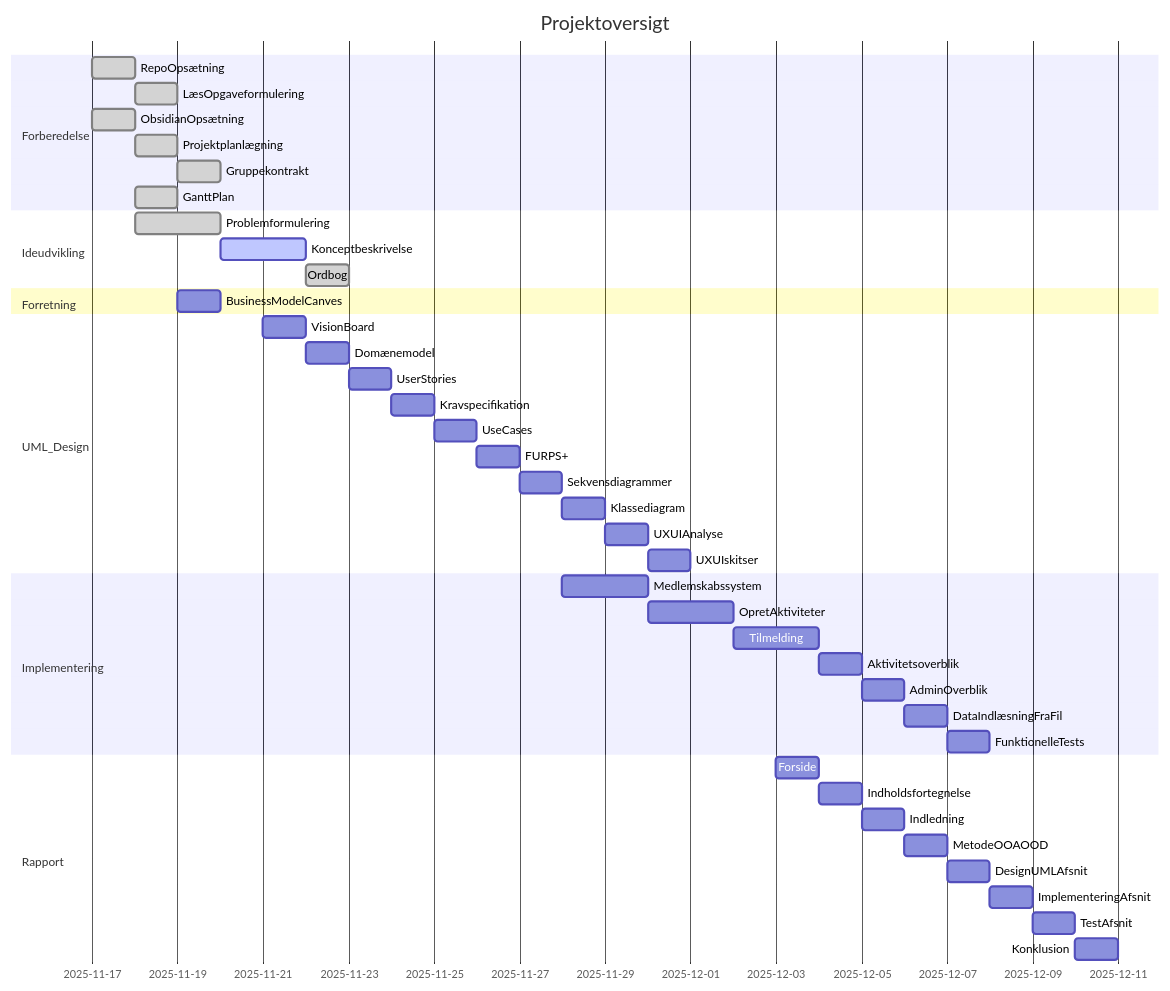
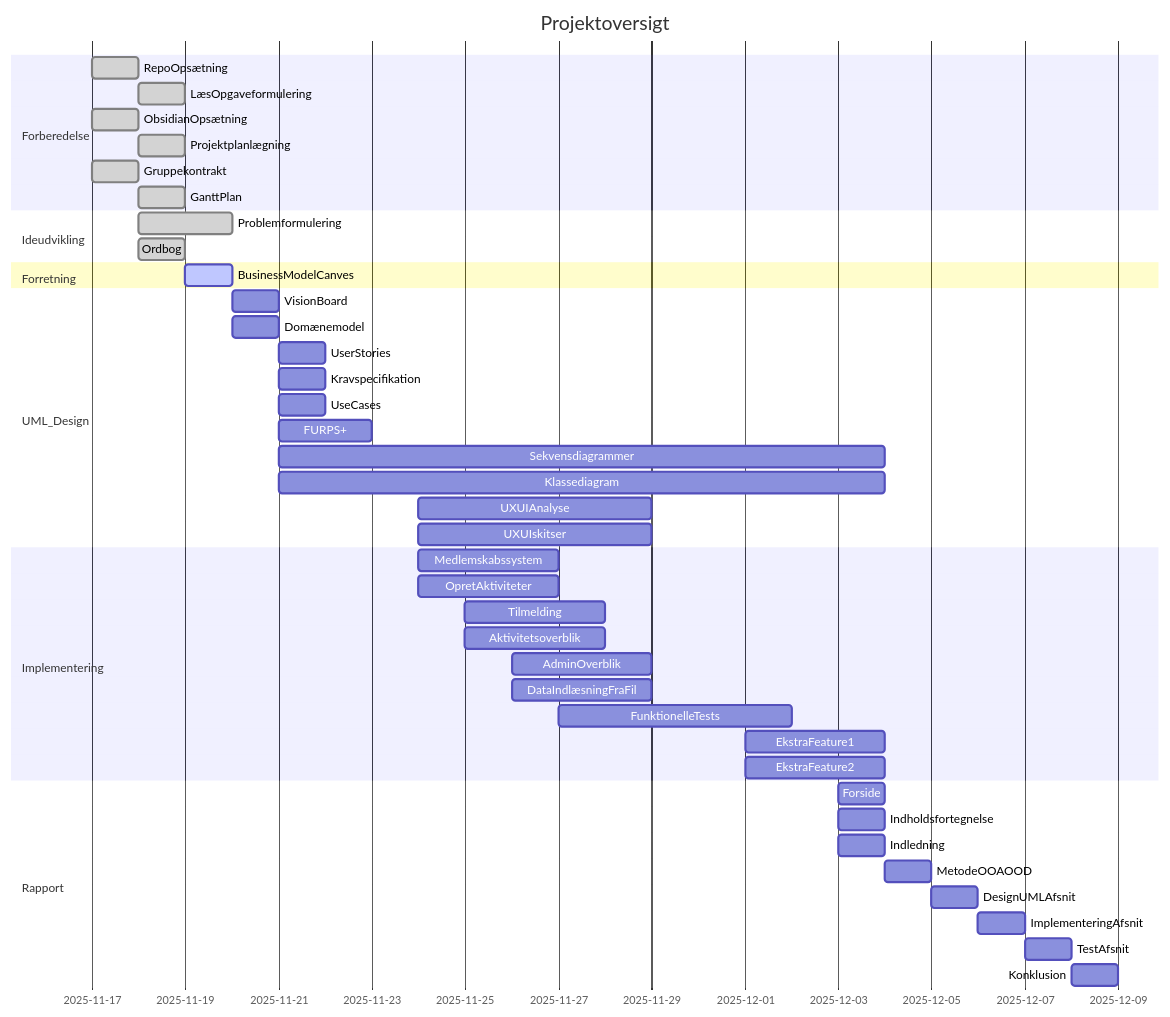
The diagram in 02 notes/2_Diverse/Projektstyring.md (MatiasHeiberg/1.semesterprojekt), drawn with Mermaid before and after one commit. The commit also changed other lines of this file, not shown here.

Commit message:
Opdateret gantt

````diff
--- a/02 notes/2_Diverse/Projektstyring.md
+++ b/02 notes/2_Diverse/Projektstyring.md
@@ -1,53 +1,54 @@
 ```mermaid
 gantt
     dateFormat  YYYY-MM-DD
     title Projektoversigt
 
     section Forberedelse
     RepoOpsætning          :done, a1, 2025-11-17, 1d
-    LæsOpgaveformulering   :done, a2, after a1, 0.5d
+    LæsOpgaveformulering   :done, a2, 2025-11-18, 0.5d
     ObsidianOpsætning      :done, a3, 2025-11-17, 1d
-    Projektplanlægning     :done, a4, after a3, 1d
-    Gruppekontrakt         :done, a5, after a4, 0.5d
+    Projektplanlægning     :done, a4, 2025-11-18, 1d
+    Gruppekontrakt         :done, a5, 2025-11-17, 0.5d
     GanttPlan              :done, a6, 2025-11-18, 1d
    
     section Ideudvikling
     Problemformulering       :done, b1, 2025-11-18, 2d
-    Konceptbeskrivelse       :active, b2, after b1, 2d
-    Ordbog                   :done, b3, after b2, 1d
+    Ordbog                   :done, b3, 2025-11-18, 1d
 
     
 	section Forretning
-    BusinessModelCanves     :c1, 2025-11-19, 1d
+    BusinessModelCanves     :active, c1, 2025-11-19, 1d
 
     section UML_Design
-    VisionBoard             :d1, 2025-11-21, 0.5d
-    Domænemodel             :d2, after d1, 0.5d
-    UserStories             :d3, after d2, 0.5d
-    Kravspecifikation        :d4, after d3, 0.5d
-    UseCases                :d5, after d4, 0.5d
-    FURPS+              :d6, after d5, 0.5d
-    Sekvensdiagrammer        :d7, after d6, 1d
-    Klassediagram            :d8, after d7, 1d
-    UXUIAnalyse            :d9, after d8, 0.5d
-    UXUIskitser            :d10, after d9, 0.5d
+    VisionBoard             :d1, 2025-11-20, 0.5d
+    Domænemodel             :d2, 2025-11-20, 0.5d
+    UserStories             :d3, 2025-11-21, 0.5d
+    Kravspecifikation        :d4, 2025-11-21, 0.5d
+    UseCases                :d5, 2025-11-21, 0.5d
+    FURPS+              :d6, 2025-11-21, 2d
+    Sekvensdiagrammer        :d7, 2025-11-21, 13d
+    Klassediagram            :d8, 2025-11-21, 13d
+    UXUIAnalyse            :d9, 2025-11-24, 5d
+    UXUIskitser            :d10, 2025-11-24, 5d
 
     section Implementering
-    Medlemskabssystem        :e1, 2025-11-28, 2d
-    OpretAktiviteter        :e2, after e1, 2d
-    Tilmelding               :e3, after e2, 2d
-    Aktivitetsoverblik       :e4, after e3, 1d
-    AdminOverblik           :e5, after e4, 1d
-    DataIndlæsningFraFil :e6, after e5, 1d
-    FunktionelleTests       :e7, after e6, 1d
+    Medlemskabssystem        :e1, 2025-11-24, 3d
+    OpretAktiviteter        :e2, 2025-11-24, 3d
+    Tilmelding               :e3, 2025-11-25, 3d
+    Aktivitetsoverblik       :e4, 2025-11-25, 3d
+    AdminOverblik           :e5, 2025-11-26, 3d
+    DataIndlæsningFraFil :e6, 2025-11-26, 3d
+    FunktionelleTests       :e7, 2025-11-27, 5d
+    EkstraFeature1           :e8, 2025-12-01, 3d
+    EkstraFeature2           :e9, 2025-12-01, 3d
 
     section Rapport
-    Forside                  :f1, 2025-12-03, 0.5d
-    Indholdsfortegnelse      :f2, after f1, 0.5d
-    Indledning               :f3, after f2, 0.5d
-    MetodeOOAOOD           :f4, after f3, 0.5d
-    DesignUMLAfsnit        :f5, after f4, 0.5d
-    ImplementeringAfsnit    :f6, after f5, 0.5d
-    TestAfsnit              :f7, after f6, 0.5d
-    Konklusion               :f8, after f7, 0.5d
+    Forside                  :f1, 2025-12-03, 1d
+    Indholdsfortegnelse      :f2, 2025-12-03, 1d
+    Indledning               :f3, 2025-12-03, 1d
+    MetodeOOAOOD           :f4, 2025-12-04, 1d
+    DesignUMLAfsnit        :f5, 2025-12-05, 1d
+    ImplementeringAfsnit    :f6, 2025-12-06, 1d
+    TestAfsnit              :f7, 2025-12-07, 1d
+    Konklusion               :f8, 2025-12-08, 1d
 ```
````
